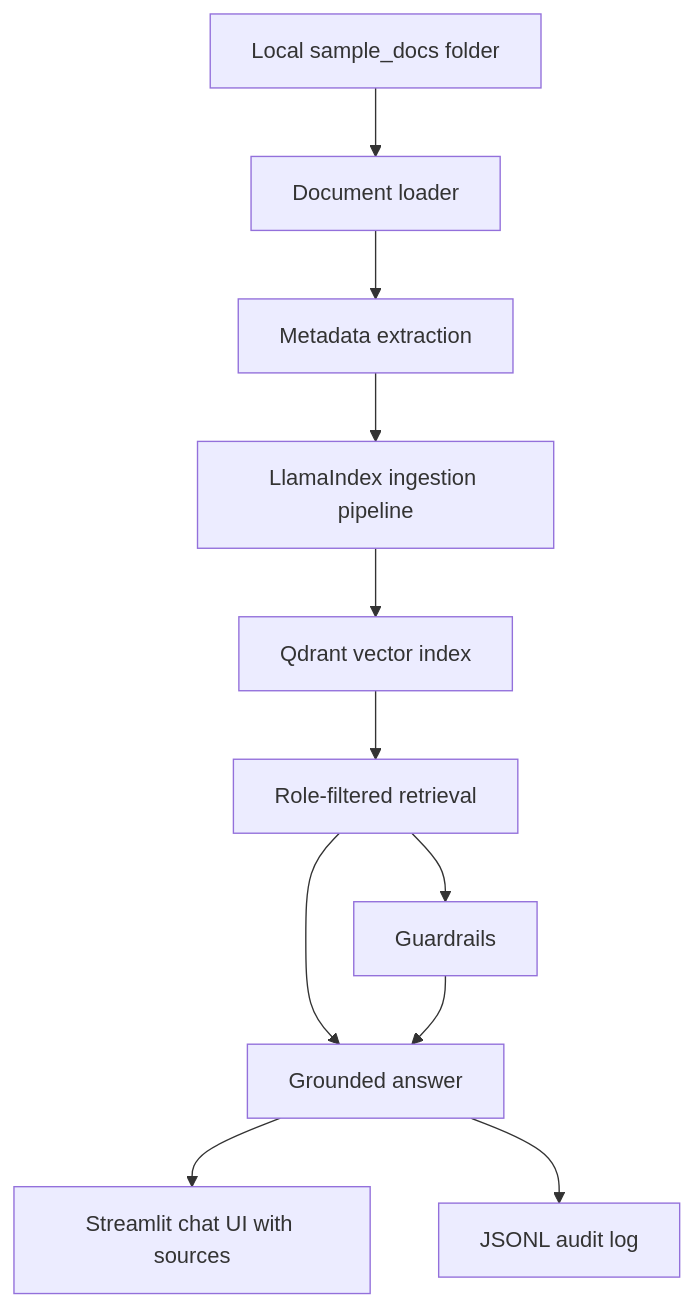
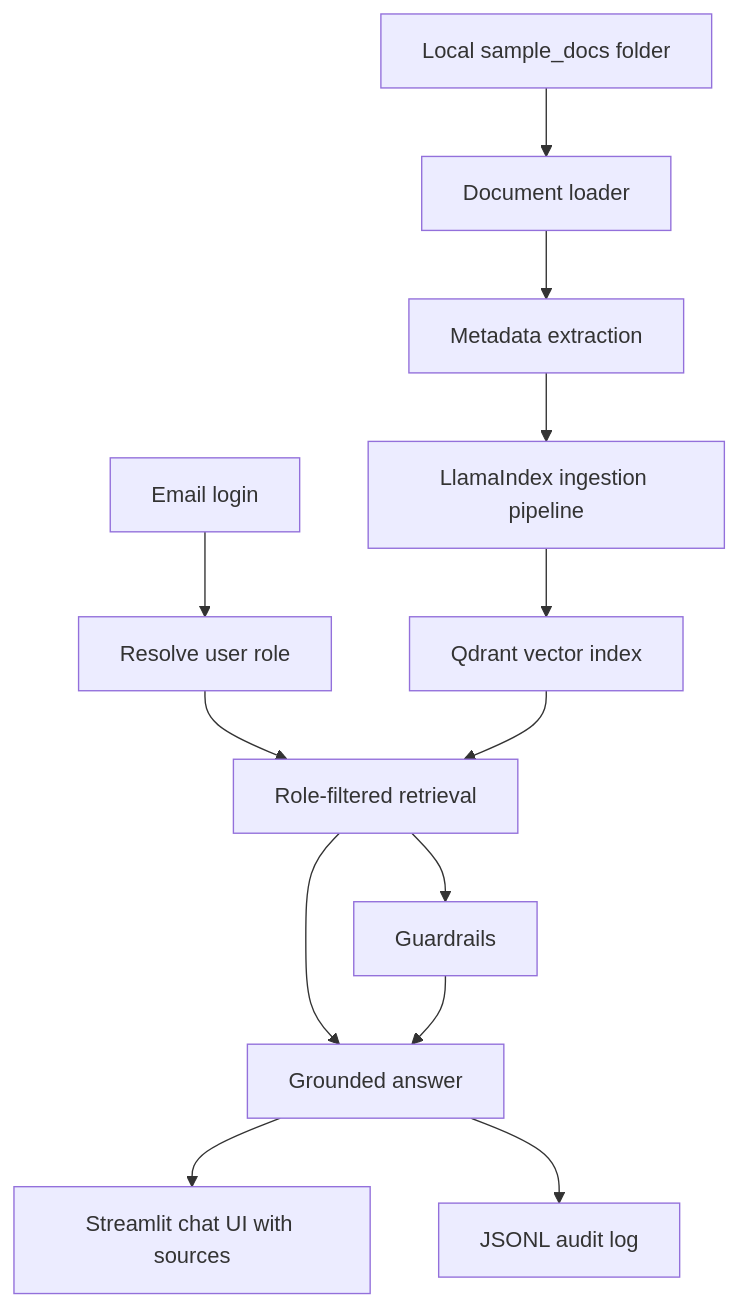
The diagram in README.md (YLLL0802/local-folder-knowledge-copilot), drawn with Mermaid before and after one commit. The commit also changed other lines of this file and 11 other files, not shown here.

Commit message:
admin and users email login

````diff
--- a/README.md
+++ b/README.md
@@ -26,13 +17,15 @@
 ```mermaid
 flowchart TD
+    LOGIN["Email login"] --> ROLE["Resolve user role"]
     DOCS["Local sample_docs folder"] --> LOAD["Document loader"]
     LOAD --> META["Metadata extraction"]
     META --> INDEX["LlamaIndex ingestion pipeline"]
     INDEX --> QDRANT["Qdrant vector index"]
-    QDRANT --> RET["Role-filtered retrieval"]
+    ROLE --> RET["Role-filtered retrieval"]
+    QDRANT --> RET
     RET --> GUARD["Guardrails"]
     RET --> ANSWER["Grounded answer"]
     GUARD --> ANSWER
     ANSWER --> UI["Streamlit chat UI with sources"]
     ANSWER --> AUDIT["JSONL audit log"]
 ```
````
